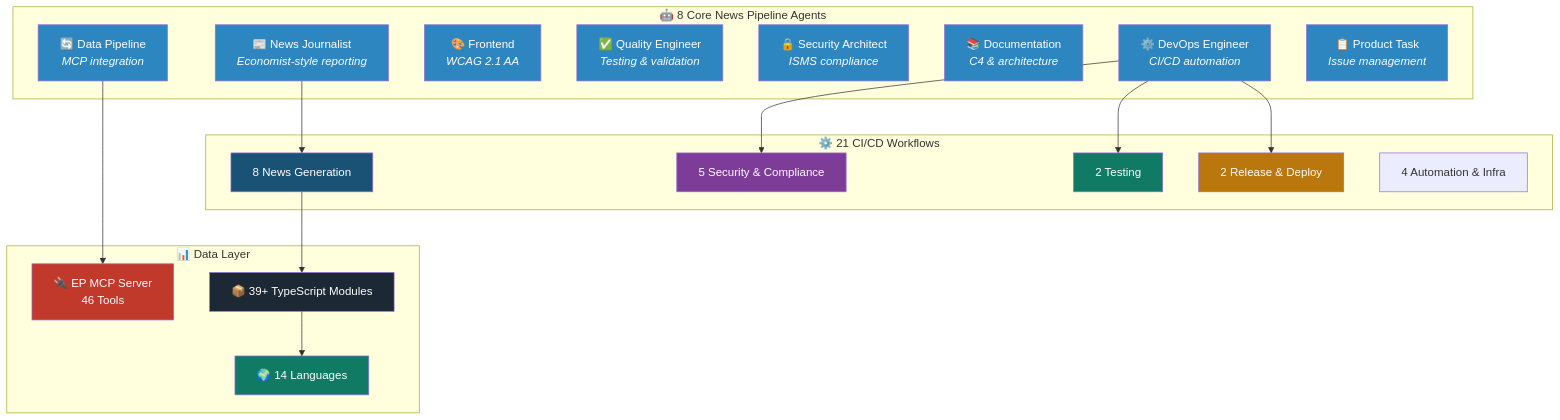
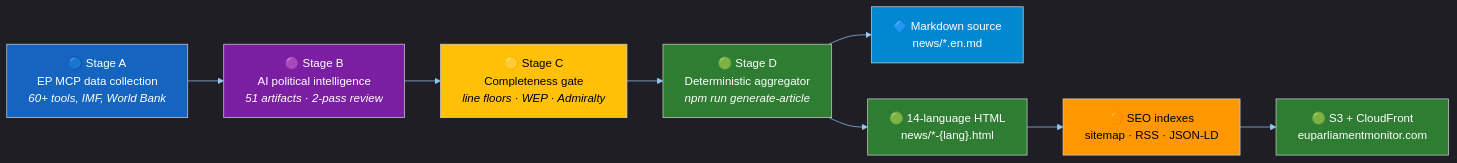
One commit to Hack23/euparliamentmonitor changed the first of 2 diagrams in README.md. Above: the diagram before and after it, drawn with Mermaid. The commit also changed other lines of this file, not shown here.

First line of the commit message:
Rewrite README with focus on political intelligence, transparency, democracy and AI-generated news

````diff
--- a/README.md
+++ b/README.md
@@ -1061,48 +109,19 @@
 ```mermaid
-graph TB
-    subgraph "🤖 8 Core News Pipeline Agents"
-        A1["📰 News Journalist<br/><i>Economist-style reporting</i>"]
-        A2["🔄 Data Pipeline<br/><i>MCP integration</i>"]
-        A3["🎨 Frontend<br/><i>WCAG 2.1 AA</i>"]
-        A4["✅ Quality Engineer<br/><i>Testing & validation</i>"]
-        A5["🔒 Security Architect<br/><i>ISMS compliance</i>"]
-        A6["📚 Documentation<br/><i>C4 & architecture</i>"]
-        A7["⚙️ DevOps Engineer<br/><i>CI/CD automation</i>"]
-        A8["📋 Product Task<br/><i>Issue management</i>"]
-    end
-
-    subgraph "⚙️ 21 CI/CD Workflows"
-        W1["8 News Generation"]
-        W2["5 Security & Compliance"]
-        W3["2 Testing"]
-        W4["2 Release & Deploy"]
-        W5["4 Automation & Infra"]
-    end
-
-    subgraph "📊 Data Layer"
-        MCP["🔌 EP MCP Server<br/>46 Tools"]
-        TS["📦 39+ TypeScript Modules"]
-        L14["🌍 14 Languages"]
-    end
-
-    A1 --> W1
-    A2 --> MCP
-    A7 --> W2 & W3 & W4
-    W1 --> TS --> L14
-
-    style A1 fill:#2e86c1,color:#fff
-    style A2 fill:#2e86c1,color:#fff
-    style A3 fill:#2e86c1,color:#fff
-    style A4 fill:#2e86c1,color:#fff
-    style A5 fill:#2e86c1,color:#fff
-    style A6 fill:#2e86c1,color:#fff
-    style A7 fill:#2e86c1,color:#fff
-    style A8 fill:#2e86c1,color:#fff
-    style W1 fill:#1a5276,color:#fff
-    style W2 fill:#7d3c98,color:#fff
-    style W3 fill:#117a65,color:#fff
-    style W4 fill:#b9770e,color:#fff
-    style MCP fill:#c0392b,color:#fff
-    style TS fill:#1c2833,color:#fff
-    style L14 fill:#117a65,color:#fff
+%%{init: {"theme":"dark","themeVariables":{"primaryColor":"#1565C0","primaryTextColor":"#fff","lineColor":"#90CAF9","fontFamily":"Inter, Helvetica, Arial, sans-serif"}}}%%
+flowchart LR
+    A["🔵 Stage A<br/>EP MCP data collection<br/><i>60+ tools, IMF, World Bank</i>"] --> B["🟣 Stage B<br/>AI political intelligence<br/><i>51 artifacts · 2-pass review</i>"]
+    B --> C["🟡 Stage C<br/>Completeness gate<br/><i>line floors · WEP · Admiralty</i>"]
+    C --> D["🟢 Stage D<br/>Deterministic aggregator<br/><i>npm run generate-article</i>"]
+    D --> E["🔷 Markdown source<br/>news/*.en.md"]
+    D --> F["🟢 14-language HTML<br/>news/*-{lang}.html"]
+    F --> G["🟠 SEO indexes<br/>sitemap · RSS · JSON-LD"]
+    G --> H["🟢 S3 + CloudFront<br/>euparliamentmonitor.com"]
+    style A fill:#1565C0,color:#fff
+    style B fill:#7B1FA2,color:#fff
+    style C fill:#FFC107,color:#000
+    style D fill:#2E7D32,color:#fff
+    style E fill:#0288D1,color:#fff
+    style F fill:#2E7D32,color:#fff
+    style G fill:#FF9800,color:#000
+    style H fill:#2E7D32,color:#fff
 ```
````
